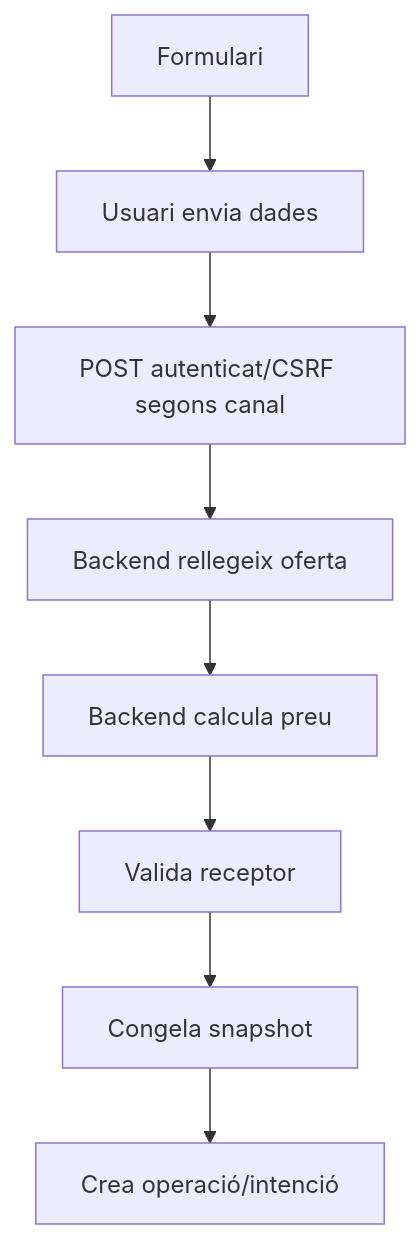
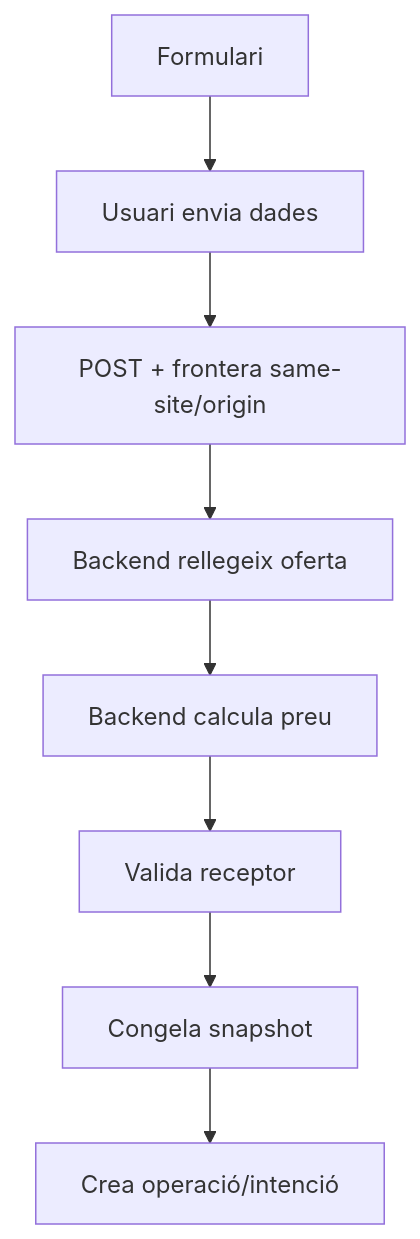
Before and after one commit to orgmeriemprismacat-del/verifactu: the sixth of 20 diagrams in documentacio/07-uml-integrat/uc-015-activitats-pagines-pack-actual-final.md, drawn with Mermaid. The commit also changed other lines of this file, not shown here.

Commit message:
docs(UC-015): marcar PK-A03 POST implementat

````diff
--- a/documentacio/07-uml-integrat/uc-015-activitats-pagines-pack-actual-final.md
+++ b/documentacio/07-uml-integrat/uc-015-activitats-pagines-pack-actual-final.md
@@ -84,10 +84,10 @@
 ```mermaid
 flowchart TD
 A[Formulari] --> B[Usuari envia dades]
-B --> C[POST autenticat/CSRF segons canal]
+B --> C[POST + frontera same-site/origin]
 C --> D[Backend rellegeix oferta]
 D --> E[Backend calcula preu]
 E --> F[Valida receptor]
 F --> G[Congela snapshot]
 G --> H[Crea operació/intenció]
 ```
````
